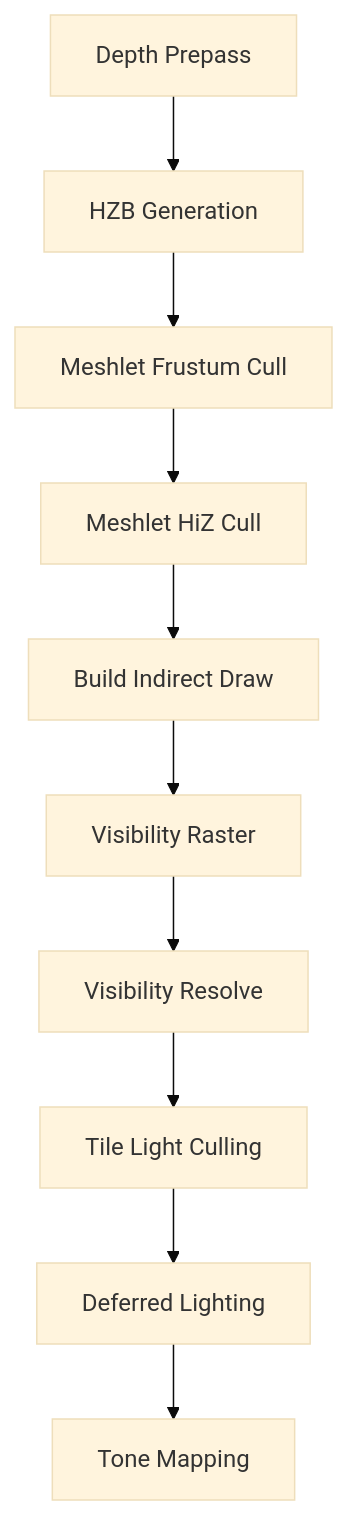
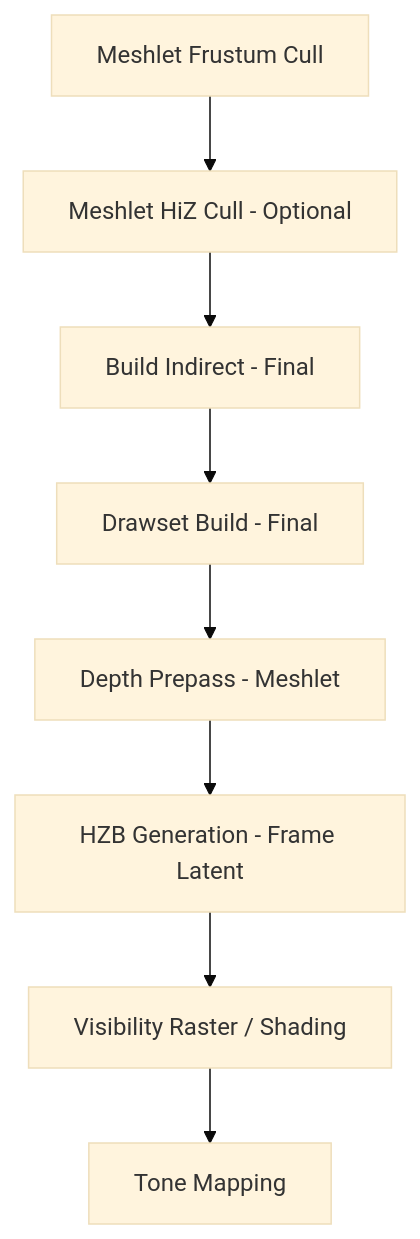
One commit to zzxzzk115/libvultra changed the first of 4 diagrams in doc/gpu_driven_pipeline.md. Above: the diagram before and after it, drawn with Mermaid (base theme). The commit also changed other lines of this file and 34 other files, not shown here.

Commit message:
feat: depth-pre pass. render queue grouping. drawset build. optimize.

````diff
--- a/doc/gpu_driven_pipeline.md
+++ b/doc/gpu_driven_pipeline.md
@@ -33,24 +33,20 @@
 ```mermaid
 flowchart TD
 
-B[Depth Prepass]
-C[HZB Generation]
-D[Meshlet Frustum Cull]
-E[Meshlet HiZ Cull]
-F[Build Indirect Draw]
-G[Visibility Raster]
-H[Visibility Resolve]
-I[Tile Light Culling]
-J[Deferred Lighting]
-K[Tone Mapping]
+A[Meshlet Frustum Cull]
+B[Meshlet HiZ Cull - Optional]
+C[Build Indirect - Final]
+D[Drawset Build - Final]
+E[Depth Prepass - Meshlet]
+F[HZB Generation - Frame Latent]
+G[Visibility Raster / Shading]
+H[Tone Mapping]
 
+A --> B
 B --> C
 C --> D
 D --> E
 E --> F
 F --> G
 G --> H
-H --> I
-I --> J
-J --> K
 ```
````
